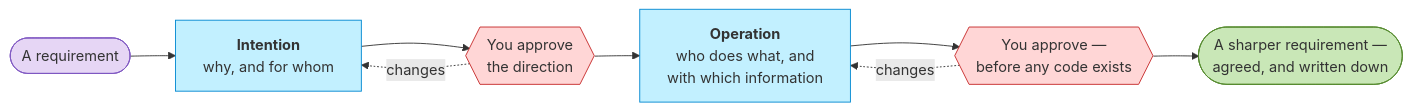
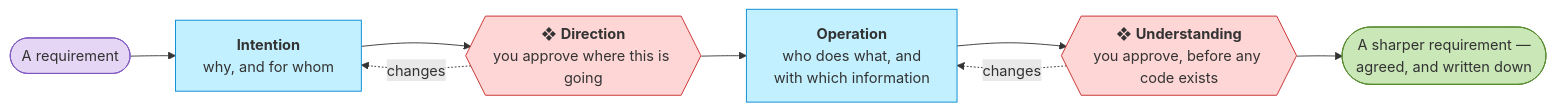
Before and after one commit to roanboc/archreator: the first of 2 diagrams in README.md, drawn with Mermaid. The commit also changed other lines of this file and 32 other files, not shown here.

````diff
--- a/README.md
+++ b/README.md
@@ -46,18 +46,18 @@
 ```mermaid
 flowchart LR
   req(["A requirement"]):::human
   intention["<b>Intention</b><br/>why, and for whom"]:::ai
-  gA{{"You approve<br/>the direction"}}:::gate
+  gA{{"❖ <b>Direction</b><br/>you approve where this is going"}}:::gate
   operation["<b>Operation</b><br/>who does what, and<br/>with which information"]:::ai
-  gB{{"You approve —<br/>before any code exists"}}:::gate
+  gB{{"❖ <b>Understanding</b><br/>you approve, before any code exists"}}:::gate
   out(["A sharper requirement —<br/>agreed, and written down"]):::done
 
   req --> intention --> gA --> operation --> gB --> out
   gA -.->|"changes"| intention
   gB -.->|"changes"| operation
   classDef human fill:#e6d6f5,stroke:#7e57c2,color:#333
   classDef ai fill:#c2f0ff,stroke:#0288d1,color:#333
   classDef gate fill:#ffd6d6,stroke:#c62828,color:#333
   classDef gateopt fill:#ffd6d6,stroke:#c62828,color:#333,stroke-dasharray: 5 5
   classDef done fill:#c9e7b7,stroke:#558b2f,color:#333
 ```
````
